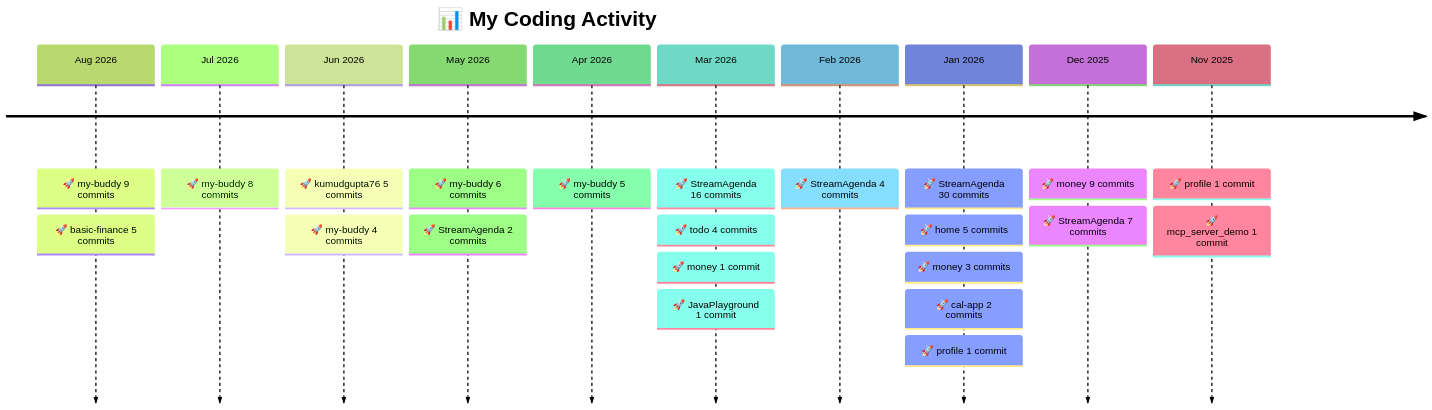
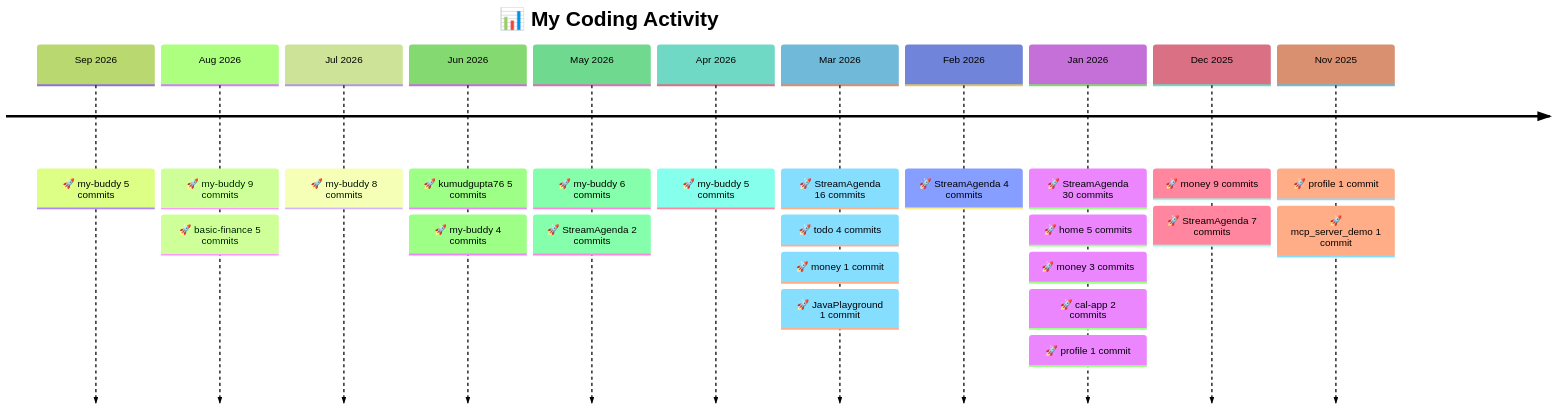
The diagram in README.md (kumudgupta76/kumudgupta76), drawn with Mermaid (forest theme) before and after one commit. The commit also changed other lines of this file, not shown here.

Commit message:
chore: update project timeline [skip ci]

````diff
--- a/README.md
+++ b/README.md
@@ -39,14 +39,15 @@
 ```mermaid
 timeline
     title 📊 My Coding Activity
+    Sep 2026 : 🚀 my-buddy 5 commits
     Aug 2026 : 🚀 my-buddy 9 commits : 🚀 basic-finance 5 commits
     Jul 2026 : 🚀 my-buddy 8 commits
     Jun 2026 : 🚀 kumudgupta76 5 commits : 🚀 my-buddy 4 commits
     May 2026 : 🚀 my-buddy 6 commits : 🚀 StreamAgenda 2 commits
     Apr 2026 : 🚀 my-buddy 5 commits
     Mar 2026 : 🚀 StreamAgenda 16 commits : 🚀 todo 4 commits : 🚀 money 1 commit : 🚀 JavaPlayground 1 commit
     Feb 2026 : 🚀 StreamAgenda 4 commits
     Jan 2026 : 🚀 StreamAgenda 30 commits : 🚀 home 5 commits : 🚀 money 3 commits : 🚀 cal-app 2 commits : 🚀 profile 1 commit
     Dec 2025 : 🚀 money 9 commits : 🚀 StreamAgenda 7 commits
     Nov 2025 : 🚀 profile 1 commit : 🚀 mcp_server_demo 1 commit
 ```
````
